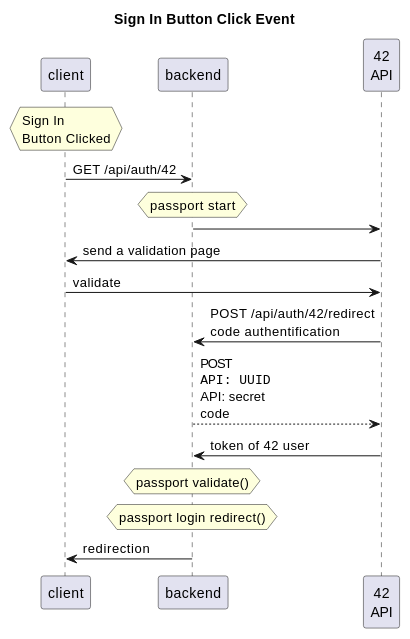
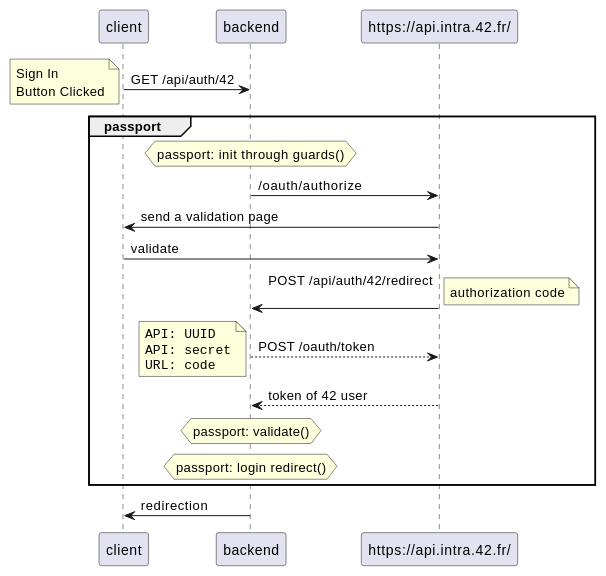
The first of 3 diagrams in docs/README.adoc (eprei/42_ft_transcendence), drawn with PlantUML before and after one commit. The commit also changed 2 other files, not shown here.

Commit message:
Squashed commit of the following:
commit f16a4c8a2020241ea36fd30c430e20a92ffdf0c2
Author: Theo Grivel <tgrivel@c3r5s2.42lausanne.ch>
Date:   Wed Jun 28 16:32:18 2023 +0200

    changes peer session

commit 0e309887898d2be246af7fd33029d2f469f29101
Author: shaolin-peanut <shaolinpeanut@gmail.com>
Date:   Wed Jun 28 14:51:33 2023 +0200

    suggesting changes

```diff
--- a/docs/README.adoc
+++ b/docs/README.adoc
@@ -7,27 +7,27 @@
 [plantuml, target=assets/authentification, format=svg, width=100%]
 ....
-title Sign In Button Click Event
-
 participant client
 participant backend
-participant "42\nAPI" as 42api
-
-hnote over client : Sign In\nButton Clicked
+participant "https://api.intra.42.fr/" as 42api
 
 client -> backend : GET /api/auth/42
+note left : Sign In\nButton Clicked
 
-hnote over backend : passport start
+group passport
 
-backend -> 42api
-42api -> client : send a validation page
-client -> 42api : validate
-42api -> backend : POST /api/auth/42/redirect\ncode authentification
-backend --> 42api : POST\n""API: UUID""\nAPI: secret\ncode
-42api -> backend : token of 42 user
+  hnote over backend : passport: init through guards()
+  backend -> 42api : /oauth/authorize
+  42api -> client : send a validation page
+  client -> 42api : validate
+  42api -> backend : POST /api/auth/42/redirect\n
+  note right : authorization code
+  backend --> 42api : POST /oauth/token
+  note left : ""API: UUID""\n""API: secret""\n""URL: code""
+  42api --> backend : token of 42 user
+  hnote over backend : passport: validate()
+  hnote over backend : passport: login redirect()
 
-hnote over backend : passport validate()
-
-hnote over backend : passport login redirect()
+end
 
 backend -> client : redirection
 ....
```
